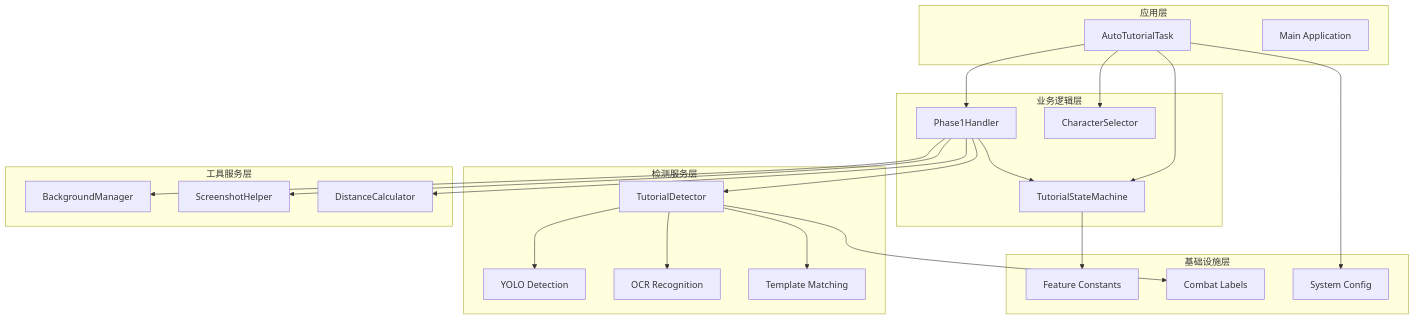
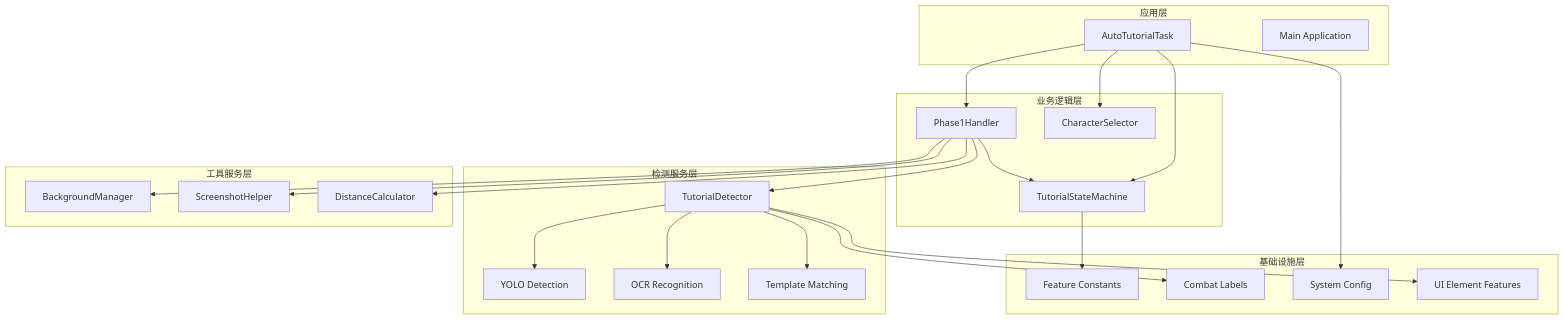
The fifth of 14 diagrams in .qoder/repowiki/zh/content/核心系统架构/教程检测系统.md (xsy098-max/ok-jump), drawn with Mermaid before and after one commit. The commit also changed other lines of this file and 13 other files, not shown here.

````diff
--- a/.qoder/repowiki/zh/content/核心系统架构/教程检测系统.md
+++ b/.qoder/repowiki/zh/content/核心系统架构/教程检测系统.md
@@ -187,42 +250,44 @@
 ```mermaid
 graph TB
 subgraph "应用层"
 A[AutoTutorialTask]
 B[Main Application]
 end
 subgraph "业务逻辑层"
 C[TutorialStateMachine]
 D[Phase1Handler]
 E[CharacterSelector]
 end
 subgraph "检测服务层"
 F[TutorialDetector]
 G[YOLO Detection]
 H[OCR Recognition]
 I[Template Matching]
 end
 subgraph "工具服务层"
 J[BackgroundManager]
 K[ScreenshotHelper]
 L[DistanceCalculator]
 end
 subgraph "基础设施层"
 M[Feature Constants]
 N[Combat Labels]
 O[System Config]
+P[UI Element Features]
 end
 A --> C
 A --> D
 A --> E
 D --> C
 D --> F
 F --> G
 F --> H
 F --> I
 D --> J
 D --> K
 D --> L
 C --> M
 F --> N
+F --> P
 A --> O
 ```
````
